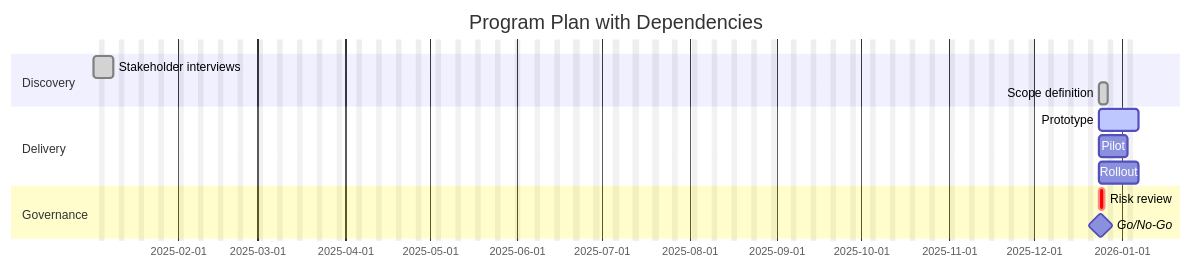
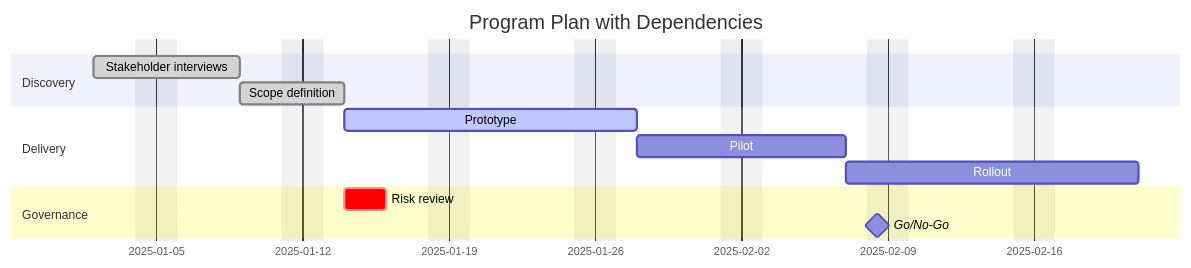
One commit to PeterBlattner/KCDB-KC changed the diagram in playground/mermaid/gantt2.mmd. Above: the diagram before and after it, drawn with Mermaid. The commit also changed 6 other files, not shown here.

Commit message:
additional examples of mermaid

```diff
--- a/playground/mermaid/gantt2.mmd
+++ b/playground/mermaid/gantt2.mmd
@@ -1,17 +1,17 @@
 gantt
   title Program Plan with Dependencies
   dateFormat YYYY-MM-DD
   excludes weekends
 
   section Discovery
-  Stakeholder interviews :done, 2025-01-02, 5d
-  Scope definition       :done,  after des1, 3d
+  Stakeholder interviews :done, des1, 2025-01-02, 5d
+  Scope definition       :done, des2, after des1, 3d
 
   section Delivery
-  Prototype              :active, after des2, 10d
-  Pilot                  :after prot, 8d
+  Prototype              :active, prot, after des2, 10d
+  Pilot                  :pilot, after prot, 8d
   Rollout                :after pilot, 10d
 
   section Governance
   Risk review            :crit, after des2, 2d
   Go/No-Go               :milestone, after pilot, 1d
```
